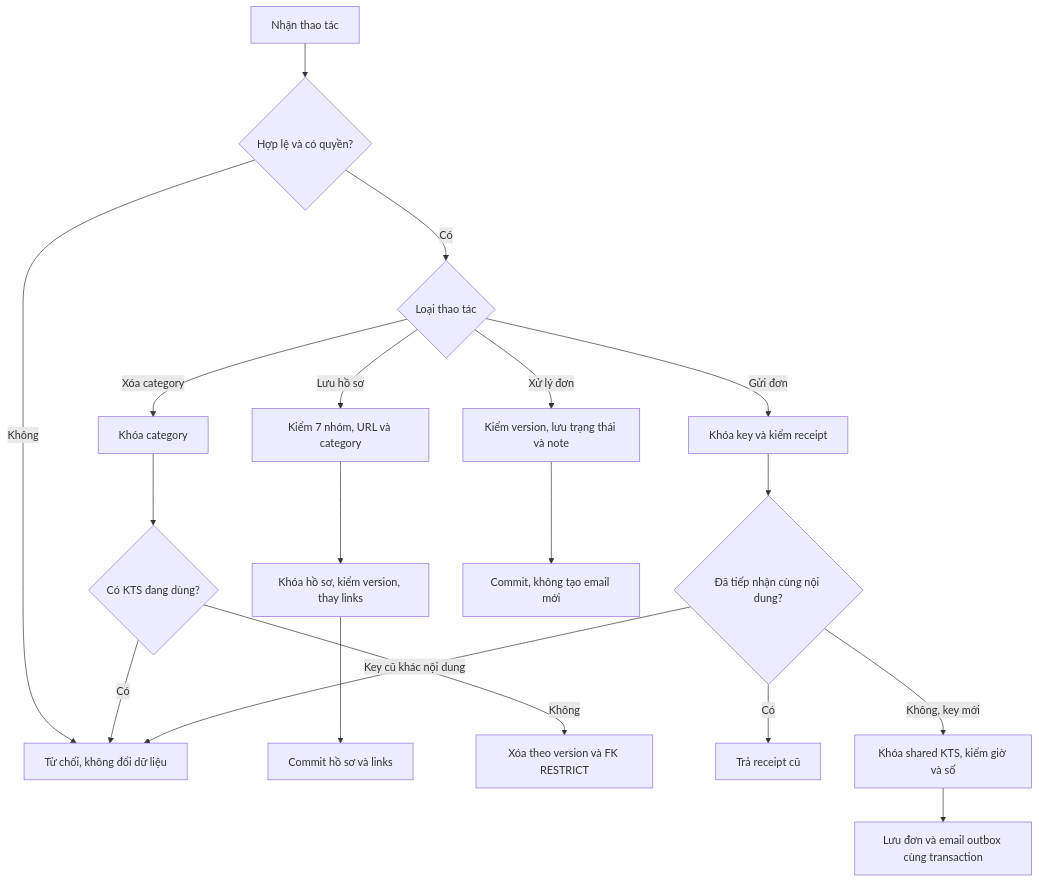
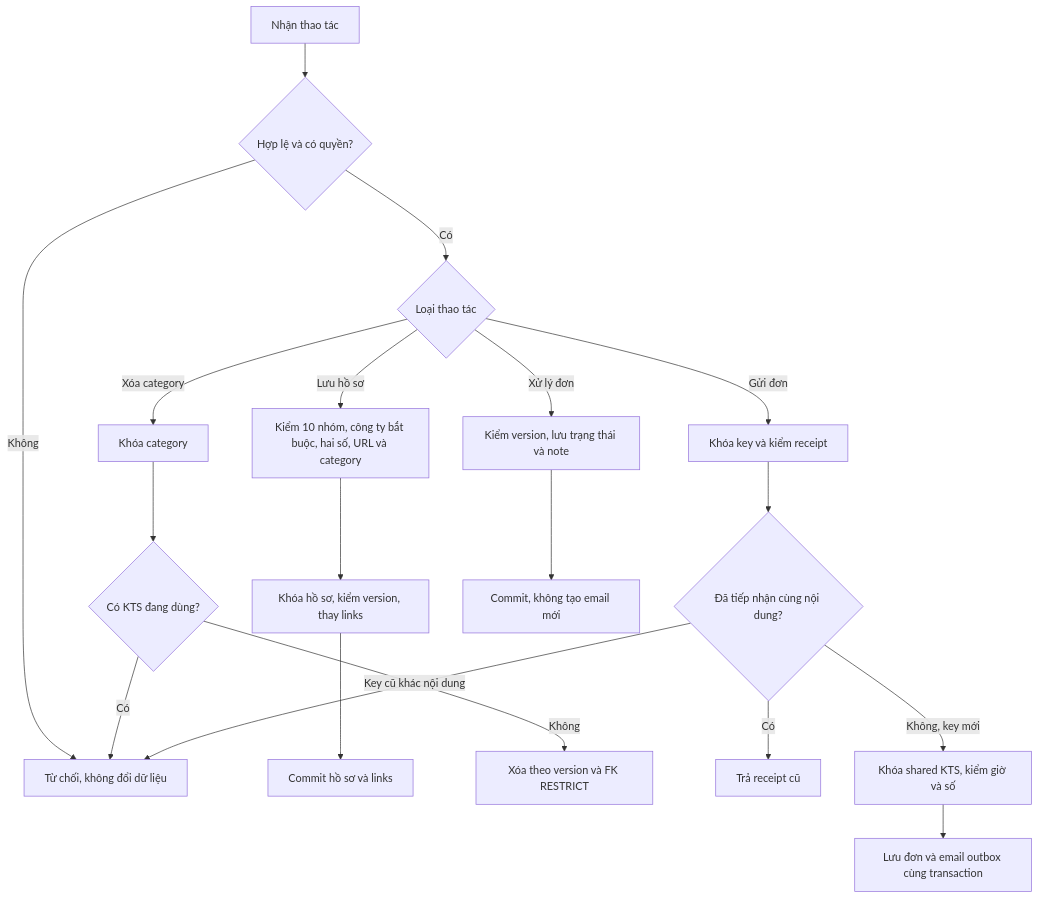
The fourth of 6 diagrams in tdd/TDD-CONSULT-001.md (TaskCoper/bmt-documentation), drawn with Mermaid before and after one commit. The commit also changed other lines of this file and 37 other files, not shown here.

Commit message:
docs(consult): document architect company and review summary

````diff
--- a/tdd/TDD-CONSULT-001.md
+++ b/tdd/TDD-CONSULT-001.md
@@ -240,21 +285,21 @@
 ```mermaid
 flowchart TD
     A[Nhận thao tác] --> B{Hợp lệ và có quyền?}
     B -->|Không| X[Từ chối, không đổi dữ liệu]
     B -->|Có| C{Loại thao tác}
-    C -->|Lưu hồ sơ| D[Kiểm 7 nhóm, URL và category]
+    C -->|Lưu hồ sơ| D[Kiểm 10 nhóm, công ty bắt buộc, hai số, URL và category]
     D --> E[Khóa hồ sơ, kiểm version, thay links]
     E --> F[Commit hồ sơ và links]
     C -->|Xóa category| G[Khóa category]
     G --> H{Có KTS đang dùng?}
     H -->|Có| X
     H -->|Không| I[Xóa theo version và FK RESTRICT]
     C -->|Gửi đơn| J[Khóa key và kiểm receipt]
     J --> K{Đã tiếp nhận cùng nội dung?}
     K -->|Có| L[Trả receipt cũ]
     K -->|Không, key mới| M[Khóa shared KTS, kiểm giờ và số]
     K -->|Key cũ khác nội dung| X
     M --> N[Lưu đơn và email outbox cùng transaction]
     C -->|Xử lý đơn| O[Kiểm version, lưu trạng thái và note]
     O --> P[Commit, không tạo email mới]
 ```
````
